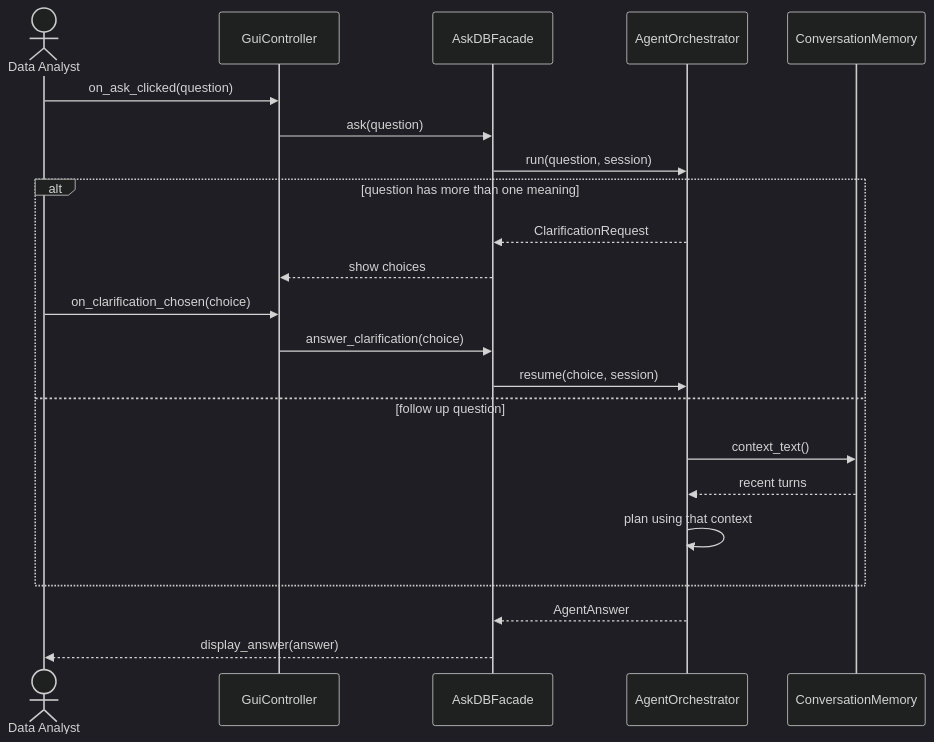
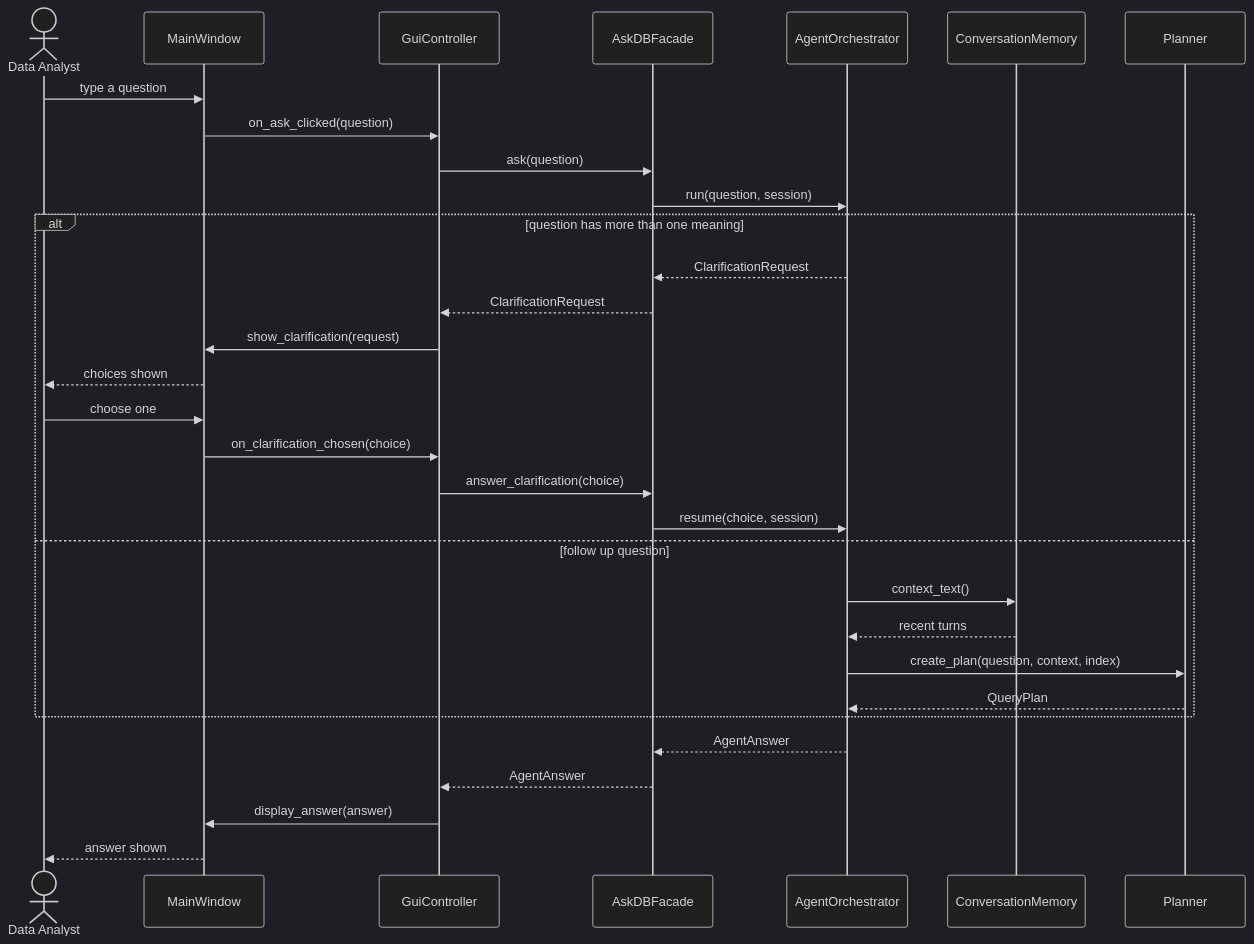
The tenth of 15 diagrams in docs/Stage1_Design_Report.md (krishi-shah/AskDB-Data-Analyst-Agent), drawn with Mermaid (dark theme) before and after one commit. The commit also changed other lines of this file, not shown here.

Commit message:
Complete the Stage 1 diagrams with the window, actors, and multiplicities.

````diff
--- a/docs/Stage1_Design_Report.md
+++ b/docs/Stage1_Design_Report.md
@@ -1107,25 +1203,34 @@
 ```mermaid
 sequenceDiagram
     actor A as Data Analyst
+    participant MW as MainWindow
     participant GC as GuiController
     participant F as AskDBFacade
     participant O as AgentOrchestrator
     participant CM as ConversationMemory
+    participant P as Planner
 
-    A->>GC: on_ask_clicked(question)
+    A->>MW: type a question
+    MW->>GC: on_ask_clicked(question)
     GC->>F: ask(question)
     F->>O: run(question, session)
     alt question has more than one meaning
         O-->>F: ClarificationRequest
-        F-->>GC: show choices
-        A->>GC: on_clarification_chosen(choice)
+        F-->>GC: ClarificationRequest
+        GC->>MW: show_clarification(request)
+        MW-->>A: choices shown
+        A->>MW: choose one
+        MW->>GC: on_clarification_chosen(choice)
         GC->>F: answer_clarification(choice)
         F->>O: resume(choice, session)
     else follow up question
         O->>CM: context_text()
         CM-->>O: recent turns
-        O->>O: plan using that context
+        O->>P: create_plan(question, context, index)
+        P-->>O: QueryPlan
     end
     O-->>F: AgentAnswer
-    F-->>A: display_answer(answer)
+    F-->>GC: AgentAnswer
+    GC->>MW: display_answer(answer)
+    MW-->>A: answer shown
 ```
````
